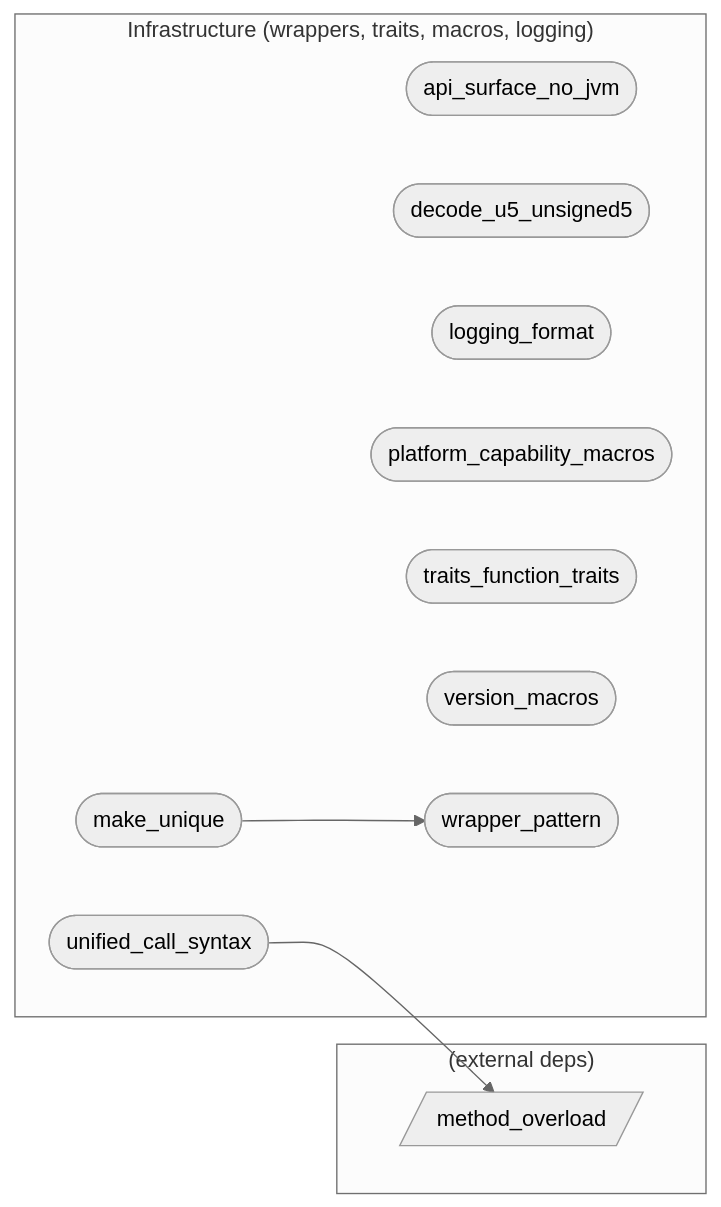
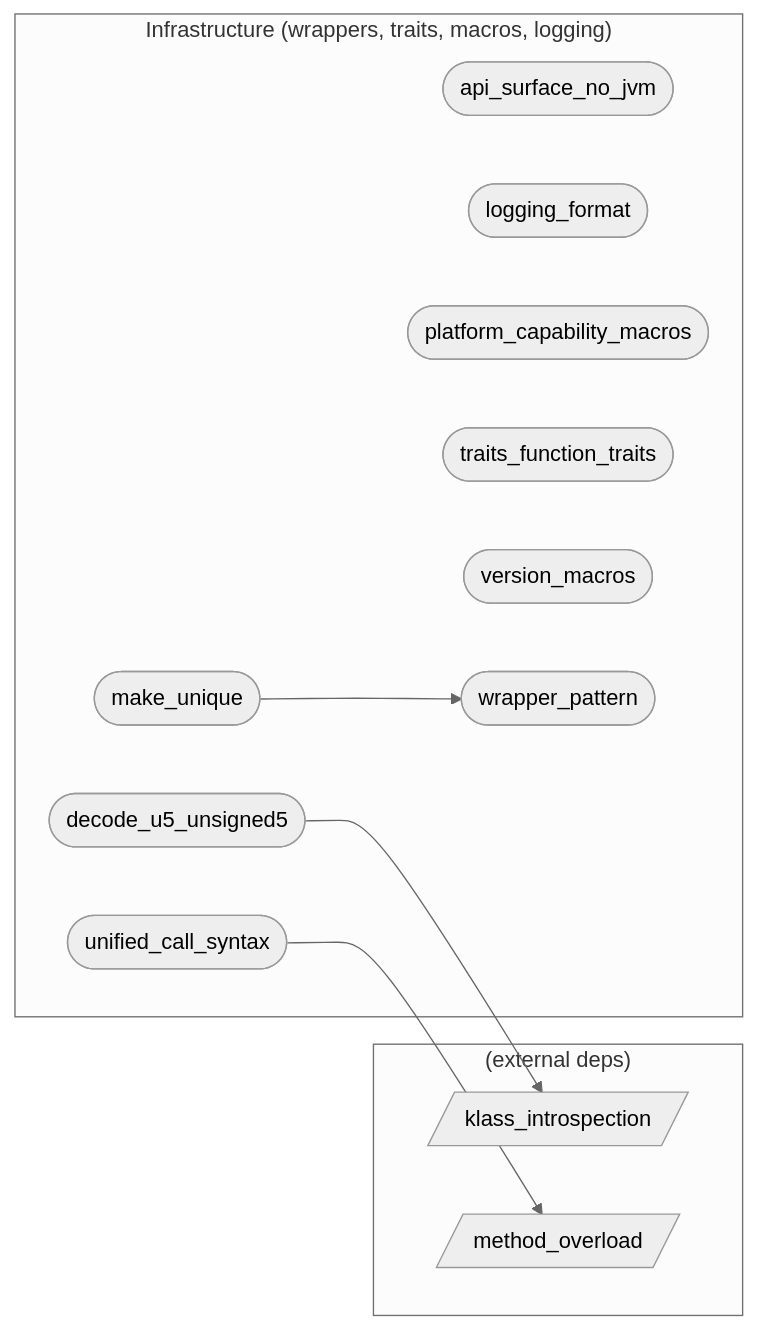
The diagram in audit/graph/categories/infra.md (xxxnpno/VMHook), drawn with Mermaid (neutral theme) before and after one commit. The commit also changed other lines of this file and 89 other files, not shown here.

````diff
--- a/audit/graph/categories/infra.md
+++ b/audit/graph/categories/infra.md
@@ -26,19 +26,21 @@
 ```mermaid
 flowchart LR
   subgraph infra["Infrastructure (wrappers, traits, macros, logging)"]
     api_surface_no_jvm([api_surface_no_jvm])
     decode_u5_unsigned5([decode_u5_unsigned5])
     logging_format([logging_format])
     make_unique([make_unique])
     platform_capability_macros([platform_capability_macros])
     traits_function_traits([traits_function_traits])
     unified_call_syntax([unified_call_syntax])
     version_macros([version_macros])
     wrapper_pattern([wrapper_pattern])
   end
   subgraph external["(external deps)"]
+    klass_introspection[/klass_introspection/]
     method_overload[/method_overload/]
   end
+  decode_u5_unsigned5 --> klass_introspection
   make_unique --> wrapper_pattern
   unified_call_syntax --> method_overload
 ```
````
